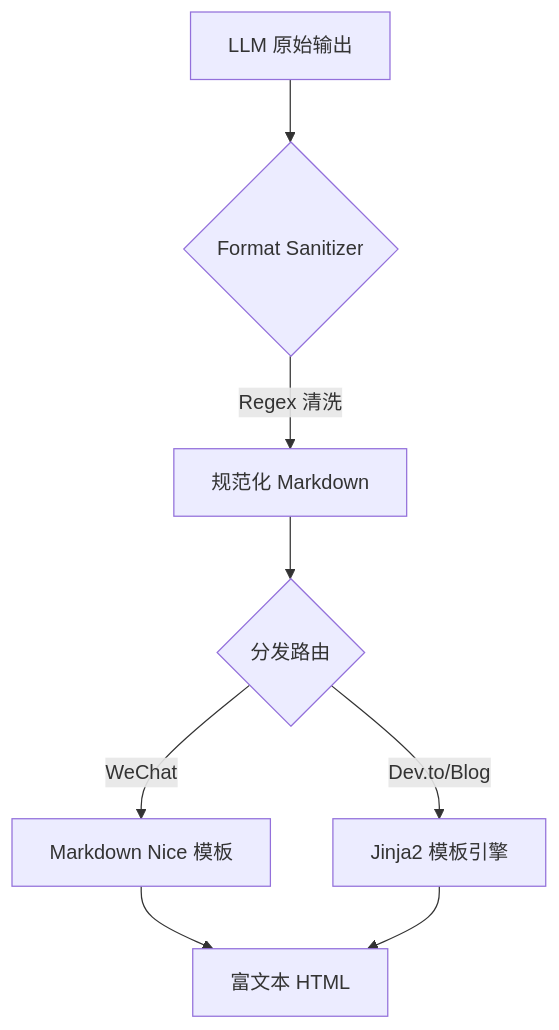
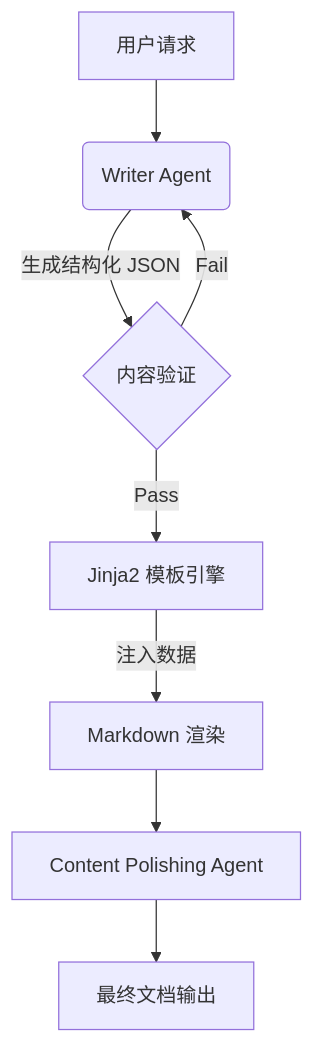
The diagram in data/articles/2026-06-14_放弃死磕-Prompt，我用-3-层管道修复了-LLM-输出.md (quarktimes/agent-daily-publisher), drawn with Mermaid before and after one commit. The commit also changed other lines of this file and 20 other files, not shown here.

````diff
--- a/data/articles/2026-06-14_放弃死磕-Prompt，我用-3-层管道修复了-LLM-输出.md
+++ b/data/articles/2026-06-14_放弃死磕-Prompt，我用-3-层管道修复了-LLM-输出.md
@@ -5,10 +5,10 @@
 ```mermaid
 graph TD
-    A[LLM 原始输出] --> B{Format Sanitizer}
-    B -->|Regex 清洗| C[规范化 Markdown]
-    C --> D{分发路由}
-    D -->|WeChat| E[Markdown Nice 模板]
-    D -->|Dev.to/Blog| F[Jinja2 模板引擎]
-    E --> G[富文本 HTML]
-    F --> G
+    A[用户请求] --> B(Writer Agent)
+    B -->|生成结构化 JSON| C{内容验证}
+    C -->|Fail| B
+    C -->|Pass| D[Jinja2 模板引擎]
+    D -->|注入数据| E[Markdown 渲染]
+    E --> F[Content Polishing Agent]
+    F --> G[最终文档输出]
 ```
````
